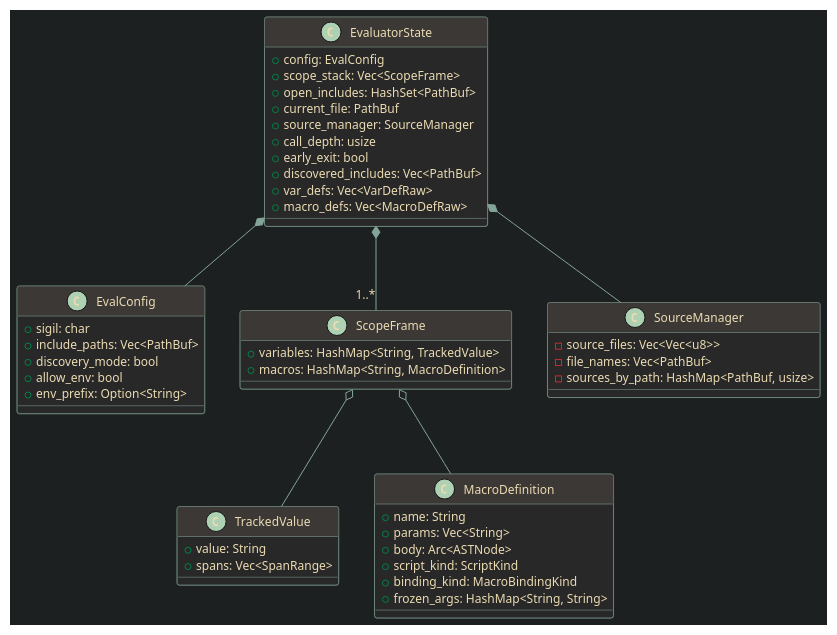
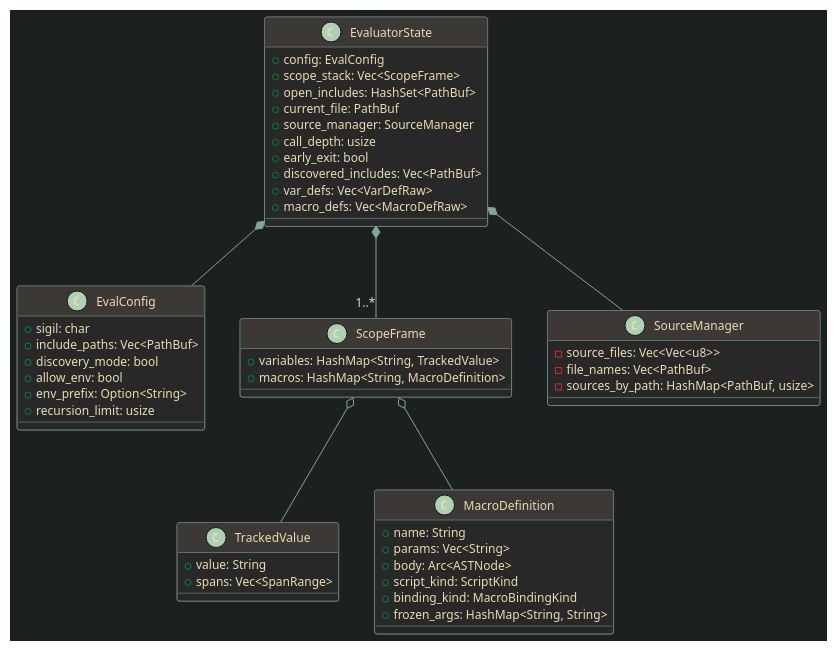
One commit to giannifer7/weaveback changed the diagram in crates/weaveback-macro/src/evaluator/state.adoc. Above: the diagram before and after it, drawn with PlantUML. The commit also changed other lines of this file and 7 other files, not shown here.

Commit message:
Make macro recursion limit configurable

```diff
--- a/crates/weaveback-macro/src/evaluator/state.adoc
+++ b/crates/weaveback-macro/src/evaluator/state.adoc
@@ -54,66 +54,67 @@
 [plantuml,format=svg]
 ----
 @startuml
 skinparam backgroundColor #1d2021
 skinparam defaultFontColor #ebdbb2
 skinparam defaultFontSize 12
 skinparam ArrowColor #83a598
 skinparam ClassBorderColor #83a598
 skinparam ClassBackgroundColor #282828
 skinparam ClassFontColor #ebdbb2
 skinparam ClassHeaderBackgroundColor #3c3836
 skinparam ClassStereotypeFontColor #8ec07c
 
 class EvalConfig {
   +sigil: char
   +include_paths: Vec<PathBuf>
   +discovery_mode: bool
   +allow_env: bool
   +env_prefix: Option<String>
+  +recursion_limit: usize
 }
 
 class ScopeFrame {
   +variables: HashMap<String, TrackedValue>
   +macros: HashMap<String, MacroDefinition>
 }
 
 class TrackedValue {
   +value: String
   +spans: Vec<SpanRange>
 }
 
 class MacroDefinition {
   +name: String
   +params: Vec<String>
   +body: Arc<ASTNode>
   +script_kind: ScriptKind
   +binding_kind: MacroBindingKind
   +frozen_args: HashMap<String, String>
 }
 
 class SourceManager {
   -source_files: Vec<Vec<u8>>
   -file_names: Vec<PathBuf>
   -sources_by_path: HashMap<PathBuf, usize>
 }
 
 class EvaluatorState {
   +config: EvalConfig
   +scope_stack: Vec<ScopeFrame>
   +open_includes: HashSet<PathBuf>
   +current_file: PathBuf
   +source_manager: SourceManager
   +call_depth: usize
   +early_exit: bool
   +discovered_includes: Vec<PathBuf>
   +var_defs: Vec<VarDefRaw>
   +macro_defs: Vec<MacroDefRaw>
 }
 
 EvaluatorState *-- EvalConfig
 EvaluatorState *-- "1..*" ScopeFrame
 EvaluatorState *-- SourceManager
 ScopeFrame o-- TrackedValue
 ScopeFrame o-- MacroDefinition
 @enduml
 ----
```
